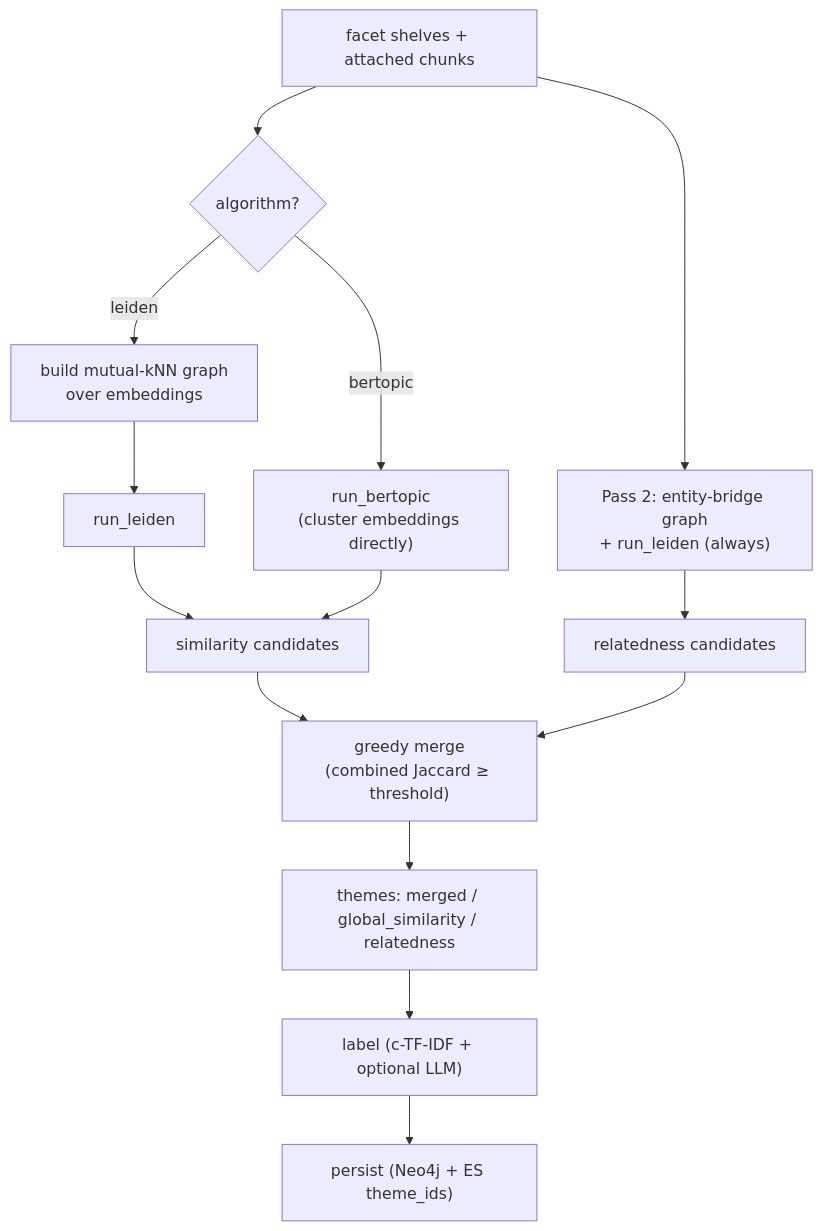
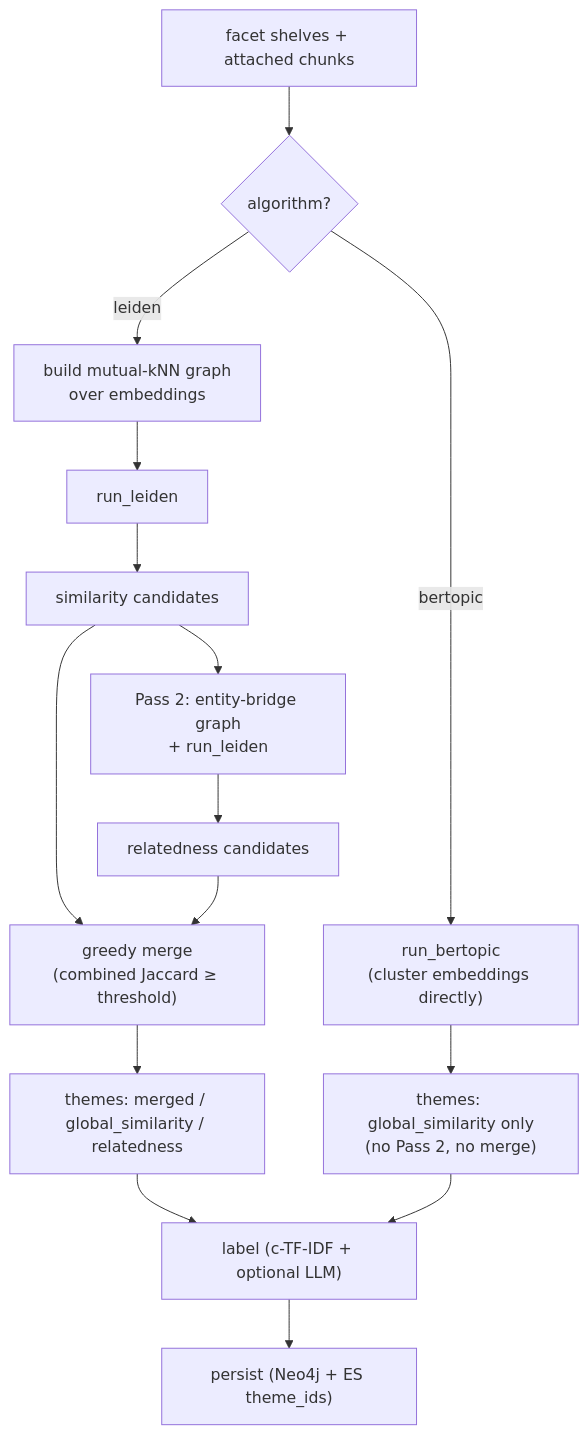
One commit to wisefood/foodscholar-lib changed the first of 7 diagrams in docs/methods_layer_b_c_brief.md. Above: the diagram before and after it, drawn with Mermaid. The commit also changed other lines of this file and 7 other files, not shown here.

First line of the commit message:
fix(layer-b): facet-scope clear_themes + drop Pass 2 in bertopic mode

````diff
--- a/docs/methods_layer_b_c_brief.md
+++ b/docs/methods_layer_b_c_brief.md
@@ -21,11 +33,12 @@
 ```mermaid
 flowchart TD
     A["facet shelves + attached chunks"] --> P1{"algorithm?"}
     P1 -->|leiden| LG["build mutual-kNN graph<br/>over embeddings"] --> LL["run_leiden"] --> SC["similarity candidates"]
-    P1 -->|bertopic| BT["run_bertopic<br/>(cluster embeddings directly)"] --> SC
-    A --> P2["Pass 2: entity-bridge graph<br/>+ run_leiden (always)"] --> RC["relatedness candidates"]
+    SC --> P2["Pass 2: entity-bridge graph<br/>+ run_leiden"] --> RC["relatedness candidates"]
     SC --> MG["greedy merge<br/>(combined Jaccard ≥ threshold)"]
     RC --> MG
-    MG --> TH["themes: merged / global_similarity / relatedness"]
-    TH --> LBL["label (c-TF-IDF + optional LLM)"] --> PER["persist (Neo4j + ES theme_ids)"]
+    MG --> TH1["themes: merged / global_similarity / relatedness"]
+    P1 -->|bertopic| BT["run_bertopic<br/>(cluster embeddings directly)"] --> TH2["themes: global_similarity only<br/>(no Pass 2, no merge)"]
+    TH1 --> LBL["label (c-TF-IDF + optional LLM)"]
+    TH2 --> LBL --> PER["persist (Neo4j + ES theme_ids)"]
 ```
````
